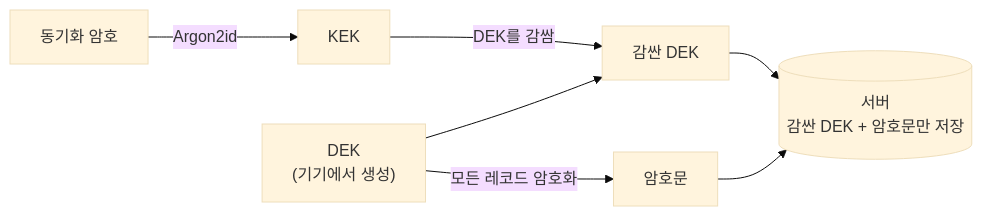
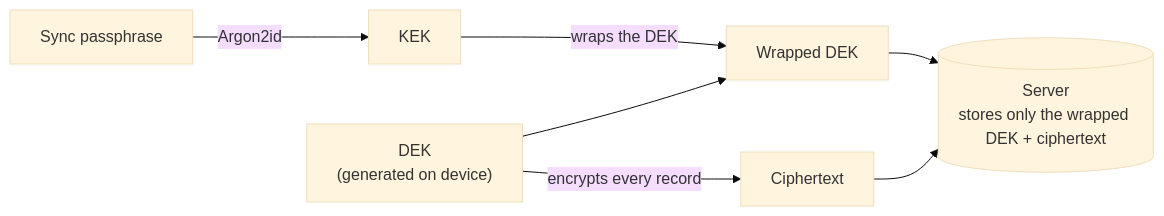
Before and after one commit to doldolma/Dolgate: the diagram in docs/data-protection.md, drawn with Mermaid (base theme). The commit also changed other lines of this file and 382 other files, not shown here.

````diff
--- a/docs/data-protection.md
+++ b/docs/data-protection.md
@@ -11,9 +11,9 @@
 ```mermaid
 flowchart LR
-  PW["동기화 암호"] -->|Argon2id| KEK["KEK"]
-  DEK["DEK<br/>(기기에서 생성)"] -->|"모든 레코드 암호화"| CIPHER["암호문"]
-  KEK -->|"DEK를 감쌈"| WRAPPED["감싼 DEK"]
+  PW["Sync passphrase"] -->|Argon2id| KEK["KEK"]
+  DEK["DEK<br/>(generated on device)"] -->|"encrypts every record"| CIPHER["Ciphertext"]
+  KEK -->|"wraps the DEK"| WRAPPED["Wrapped DEK"]
   DEK --> WRAPPED
-  WRAPPED --> SERVER[("서버<br/>감싼 DEK + 암호문만 저장")]
+  WRAPPED --> SERVER[("Server<br/>stores only the wrapped DEK + ciphertext")]
   CIPHER --> SERVER
 ```
````
